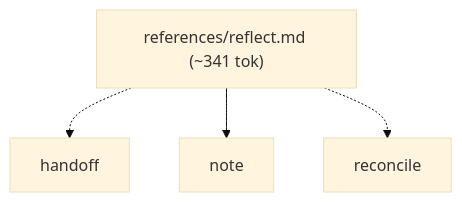
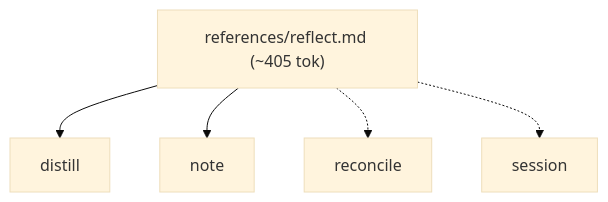
Before and after one commit to alecegg/varde: the fifth of 7 diagrams in skills/varde-knowledge/FLOW.md, drawn with Mermaid (base theme). The commit also changed other lines of this file and 1293 other files, not shown here.

````diff
--- a/skills/varde-knowledge/FLOW.md
+++ b/skills/varde-knowledge/FLOW.md
@@ -72,10 +68,12 @@
 ```mermaid
 flowchart TD
-  n0["references/reflect.md (~341 tok)"]
-  n1["handoff"]
+  n0["references/reflect.md (~405 tok)"]
+  n1["distill"]
   n2["note"]
   n3["reconcile"]
-  n0 -.-> n1
+  n4["session"]
+  n0 --> n1
   n0 --> n2
   n0 -.-> n3
+  n0 -.-> n4
 ```
````
